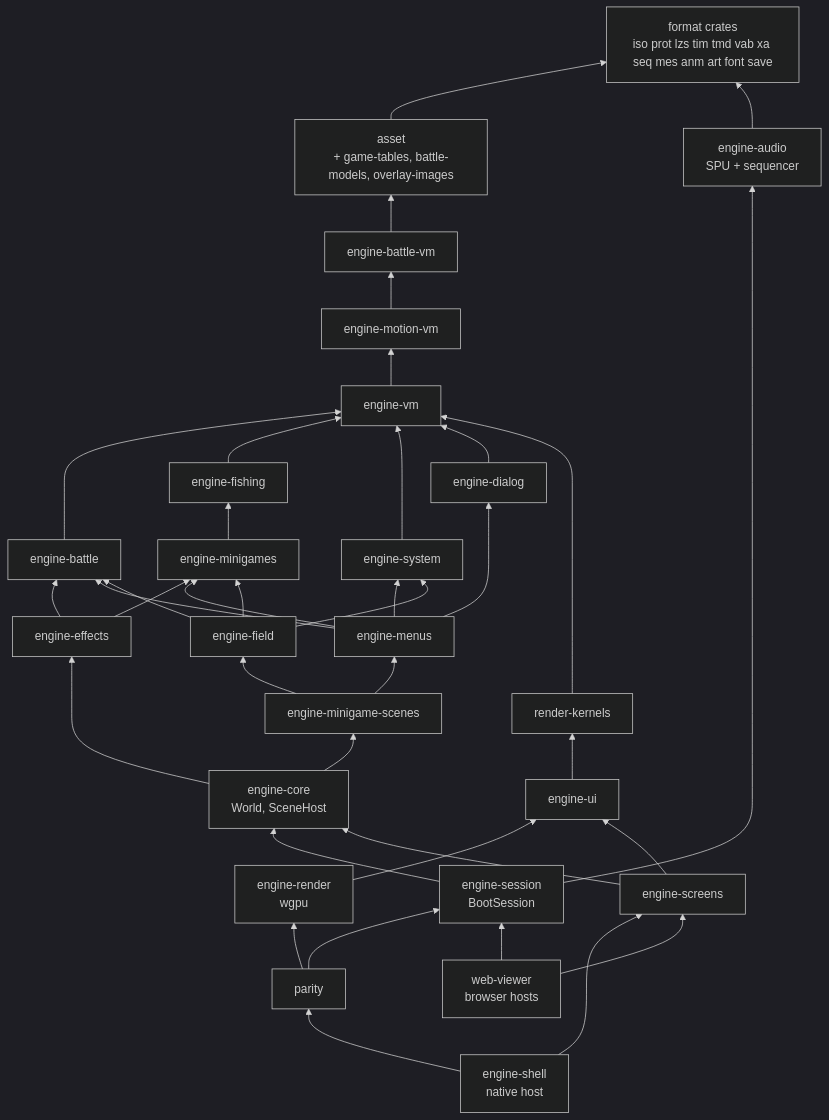
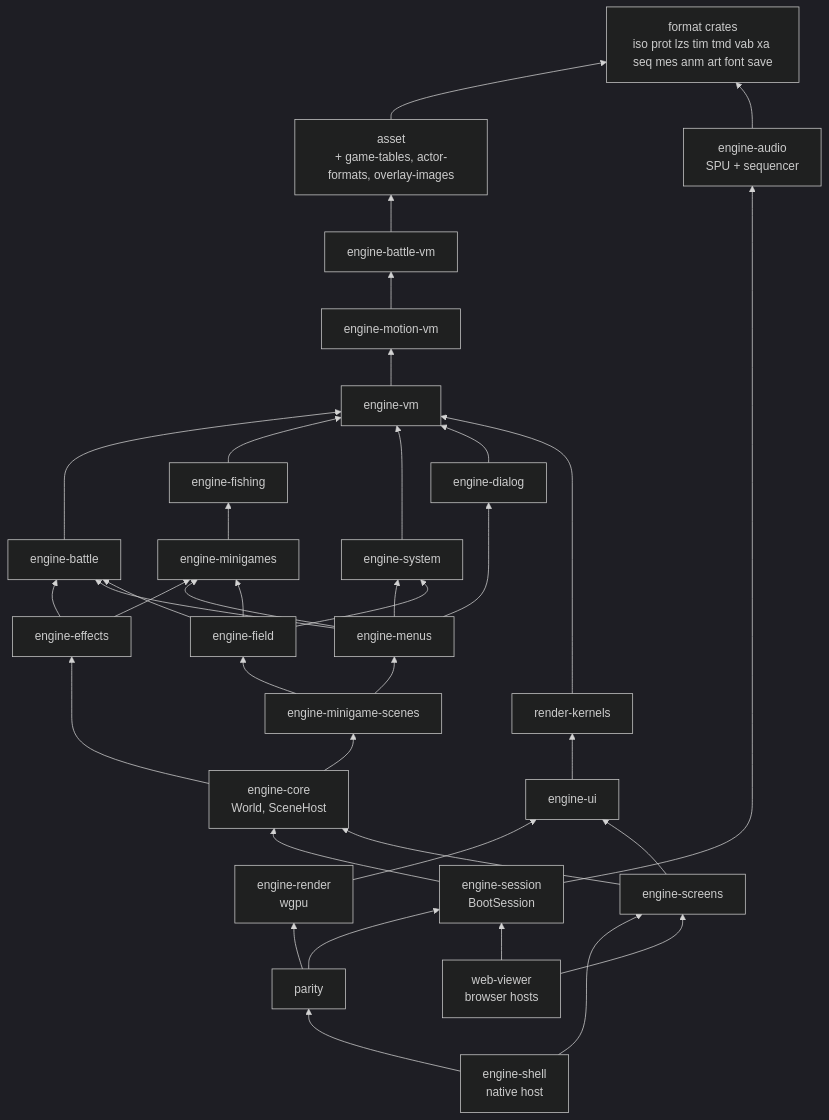
Before and after one commit to AndrewAltimit/legend-of-legaia-re: the first of 4 diagrams in docs/subsystems/engine.md, drawn with Mermaid (dark theme). The commit also changed other lines of this file and 157 other files, not shown here.

First line of the commit message:
Rename battle-models to actor-formats

````diff
--- a/docs/subsystems/engine.md
+++ b/docs/subsystems/engine.md
@@ -39,64 +39,64 @@
 ```mermaid
 flowchart BT
     FMT["format crates<br/>iso prot lzs tim tmd vab xa seq mes anm art font save"]
-    ASSET["asset<br/>+ game-tables, battle-models, overlay-images"]
+    ASSET["asset<br/>+ game-tables, actor-formats, overlay-images"]
     EBV["engine-battle-vm"]
     EMV["engine-motion-vm"]
     EVM["engine-vm"]
     EB["engine-battle"]
     EFISH["engine-fishing"]
     EMG["engine-minigames"]
     ESYS["engine-system"]
     EDLG["engine-dialog"]
     EFX["engine-effects"]
     EMENU["engine-menus"]
     EFIELD["engine-field"]
     EMGS["engine-minigame-scenes"]
     CORE["engine-core<br/>World, SceneHost"]
     RK["render-kernels"]
     EUI["engine-ui"]
     EREN["engine-render<br/>wgpu"]
     EAUD["engine-audio<br/>SPU + sequencer"]
     SESS["engine-session<br/>BootSession"]
     SCR["engine-screens"]
     PAR["parity"]
     SHELL["engine-shell<br/>native host"]
     WEB["web-viewer<br/>browser hosts"]
 
     ASSET --> FMT
     EBV --> ASSET
     EMV --> EBV
     EVM --> EMV
     EB --> EVM
     EFISH --> EVM
     ESYS --> EVM
     EDLG --> EVM
     RK --> EVM
     EMG --> EFISH
     EFX --> EB
     EFX --> EMG
     EMENU --> EDLG
     EMENU --> ESYS
     EMENU --> EB
     EMENU --> EMG
     EFIELD --> ESYS
     EFIELD --> EB
     EFIELD --> EMG
     EMGS --> EMENU
     EMGS --> EFIELD
     CORE --> EFX
     CORE --> EMGS
     EUI --> RK
     EREN --> EUI
     EAUD --> FMT
     SESS --> CORE
     SESS --> EAUD
     SCR --> CORE
     SCR --> EUI
     PAR --> SESS
     PAR --> EREN
     SHELL --> PAR
     SHELL --> SCR
     WEB --> SESS
     WEB --> SCR
 ```
````
